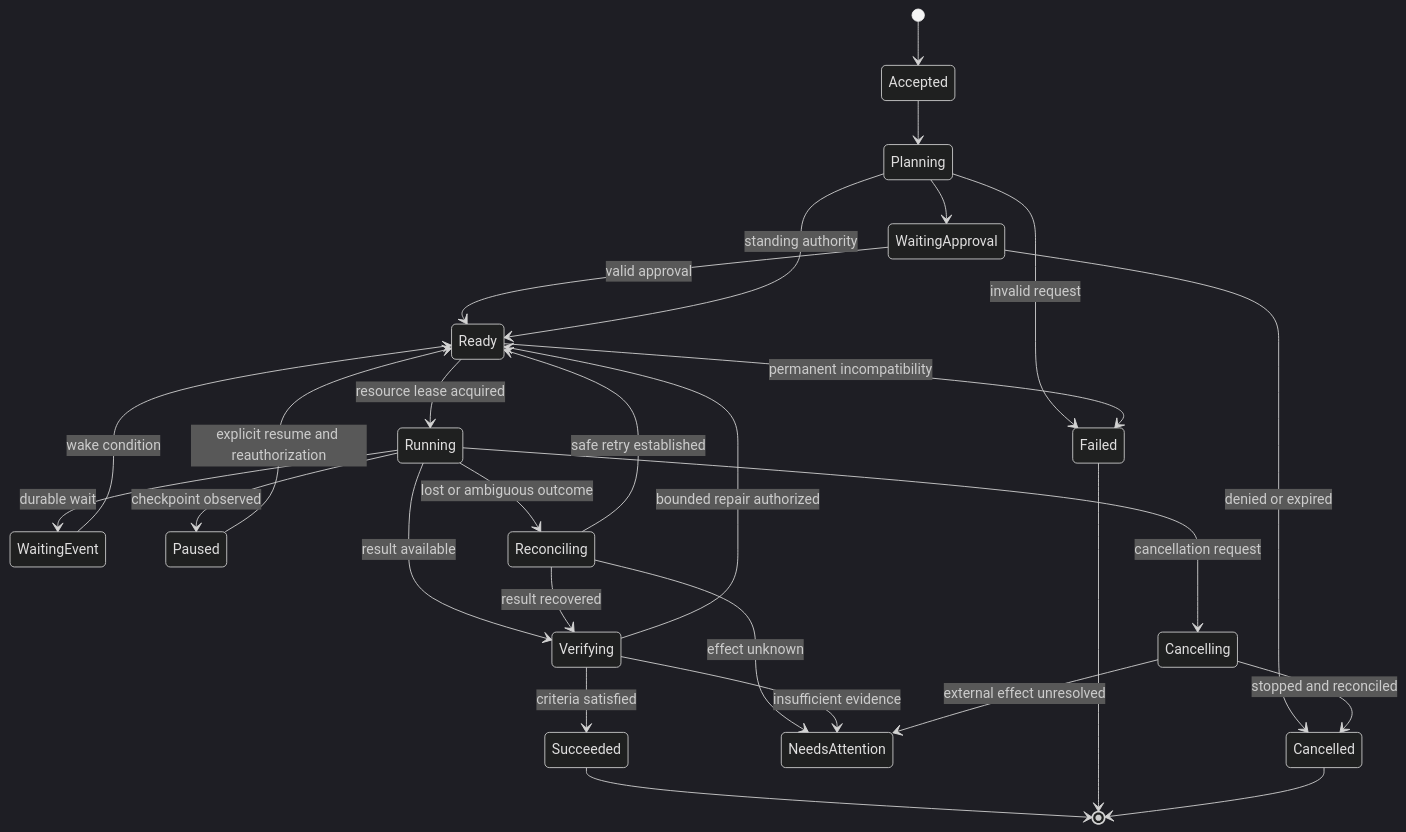
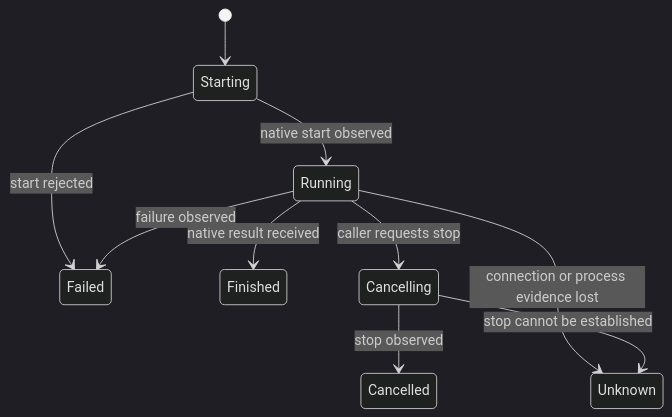
The diagram in docs/architecture/contracts-and-lifecycles.md (Ruben00alex/Jarvis), drawn with Mermaid (dark theme) before and after one commit. The commit also changed other lines of this file and 9 other files, not shown here.

````diff
--- a/docs/architecture/contracts-and-lifecycles.md
+++ b/docs/architecture/contracts-and-lifecycles.md
@@ -84,30 +28,12 @@
 ```mermaid
 stateDiagram-v2
-  [*] --> Accepted
-  Accepted --> Planning
-  Planning --> WaitingApproval
-  WaitingApproval --> Ready: valid approval
-  Planning --> Ready: standing authority
-  Ready --> Running: resource lease acquired
-  Running --> WaitingEvent: durable wait
-  WaitingEvent --> Ready: wake condition
-  Running --> Paused: checkpoint observed
-  Paused --> Ready: explicit resume and reauthorization
-  Running --> Verifying: result available
-  Verifying --> Succeeded: criteria satisfied
-  Verifying --> Ready: bounded repair authorized
-  Running --> Reconciling: lost or ambiguous outcome
-  Reconciling --> Verifying: result recovered
-  Reconciling --> Ready: safe retry established
-  Reconciling --> NeedsAttention: effect unknown
-  Verifying --> NeedsAttention: insufficient evidence
-  WaitingApproval --> Cancelled: denied or expired
-  Running --> Cancelling: cancellation request
-  Cancelling --> Cancelled: stopped and reconciled
-  Cancelling --> NeedsAttention: external effect unresolved
-  Planning --> Failed: invalid request
-  Ready --> Failed: permanent incompatibility
-  Succeeded --> [*]
-  Failed --> [*]
-  Cancelled --> [*]
+  [*] --> Starting
+  Starting --> Running: native start observed
+  Starting --> Failed: start rejected
+  Running --> Finished: native result received
+  Running --> Failed: failure observed
+  Running --> Cancelling: caller requests stop
+  Cancelling --> Cancelled: stop observed
+  Running --> Unknown: connection or process evidence lost
+  Cancelling --> Unknown: stop cannot be established
 ```
````
